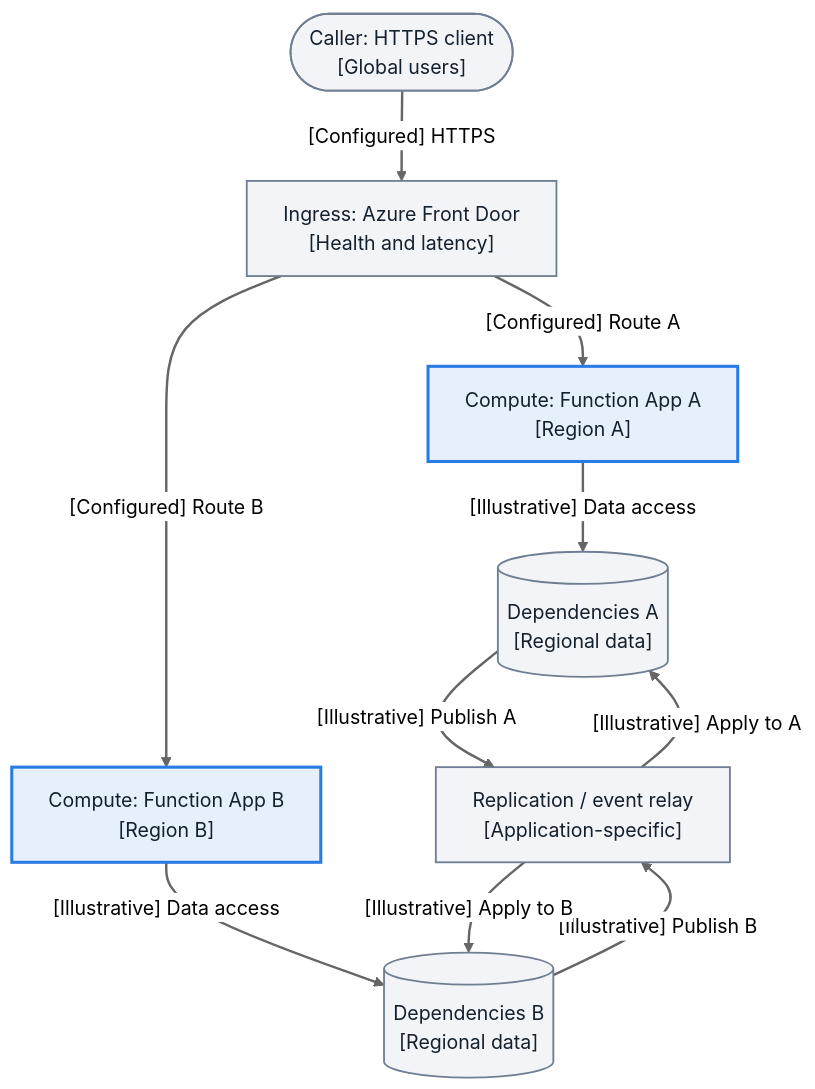
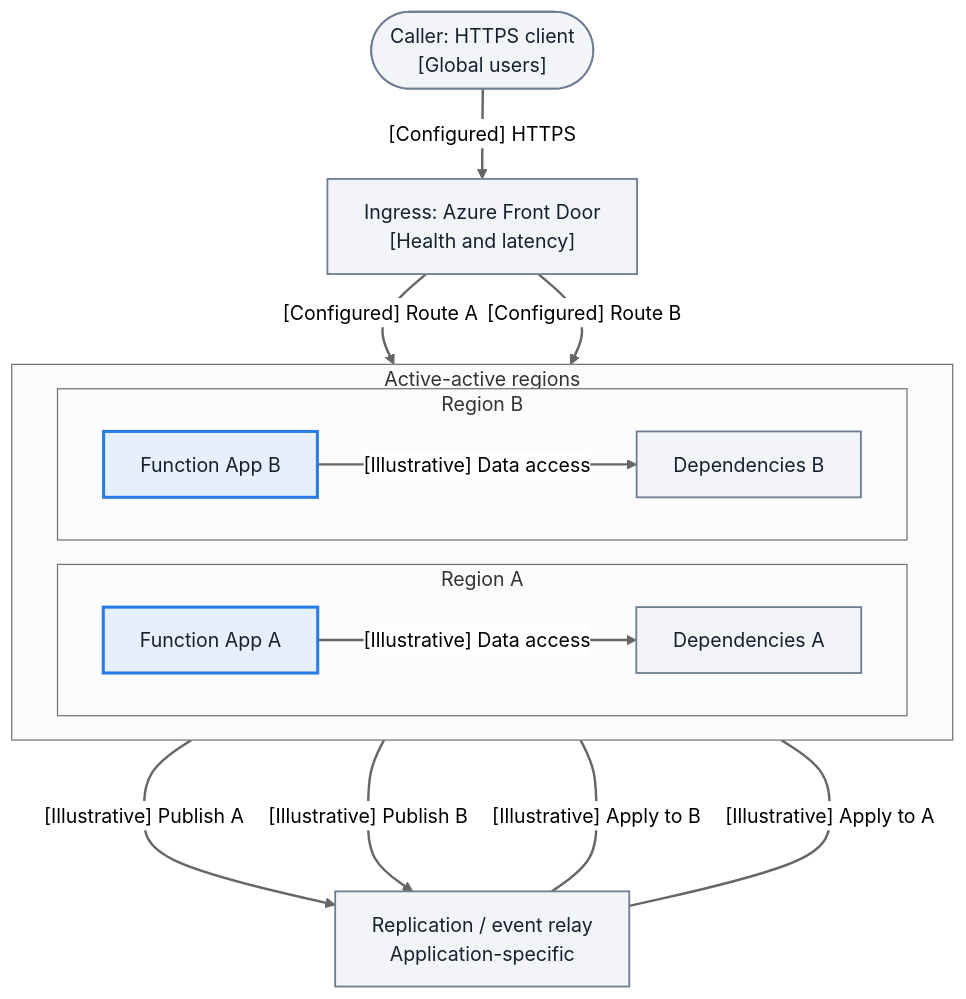
The seventh of 8 diagrams in docs/platform/architecture/index.md (yeongseon/azure-functions-practical-guide), drawn with Mermaid (neutral theme) before and after one commit. The commit also changed other lines of this file, not shown here.

First line of the commit message:
docs(diagrams): repair Durable resumption and regional hierarchy

````diff
--- a/docs/platform/architecture/index.md
+++ b/docs/platform/architecture/index.md
@@ -573,26 +580,34 @@
 ```mermaid
 flowchart TD
     accTitle: How does active-active HTTP routing reach regional data?
     accDescr: Illustrative two-region Front Door pattern. HTTPS reaches either healthy regional Function App and its dependencies. Cross-region replication or event relay is application-specific, not an automatic Functions feature or a Traffic Manager proxy hop.
     client(["Caller: HTTPS client<br/>[Global users]"])
     ingress["Ingress: Azure Front Door<br/>[Health and latency]"]
-    app_runtime["Compute: Function App A<br/>[Region A]"]
-    app_runtime_b["Compute: Function App B<br/>[Region B]"]
-    storage_db[("Dependencies A<br/>[Regional data]")]
-    storage_db_b[("Dependencies B<br/>[Regional data]")]
-    relay["Replication / event relay<br/>[Application-specific]"]
+    subgraph Regions["Active-active regions"]
+        direction LR
+        subgraph RegionA["Region A"]
+            app_runtime["Function App A"]
+            storage_db["Dependencies A"]
+            app_runtime -->|"[Illustrative] Data access"| storage_db
+        end
+        subgraph RegionB["Region B"]
+            app_runtime_b["Function App B"]
+            storage_db_b["Dependencies B"]
+            app_runtime_b -->|"[Illustrative] Data access"| storage_db_b
+        end
+    end
+    relay["Replication / event relay<br/>Application-specific"]
     client -->|"[Configured] HTTPS"| ingress
     ingress -->|"[Configured] Route A"| app_runtime
     ingress -->|"[Configured] Route B"| app_runtime_b
-    app_runtime -->|"[Illustrative] Data access"| storage_db
-    app_runtime_b -->|"[Illustrative] Data access"| storage_db_b
     storage_db -->|"[Illustrative] Publish A"| relay
     storage_db_b -->|"[Illustrative] Publish B"| relay
-    relay -->|"[Illustrative] Apply to B"| storage_db_b
-    relay -->|"[Illustrative] Apply to A"| storage_db
+    %% Start arrowheads preserve relay-to-dependency direction without reversing tiers.
+    storage_db_b <---|"[Illustrative] Apply to B"| relay
+    storage_db <---|"[Illustrative] Apply to A"| relay
     classDef baseNeutral fill:#f2f4f8,stroke:#707e93,stroke-width:1.5px,color:#14202e;
     classDef focusActive fill:#e6f0fd,stroke:#287ce4,stroke-width:2.5px,color:#14202e;
     class client,ingress,storage_db,storage_db_b,relay baseNeutral;
     class app_runtime,app_runtime_b focusActive;
     linkStyle default stroke-width:2px;
 ```
````
